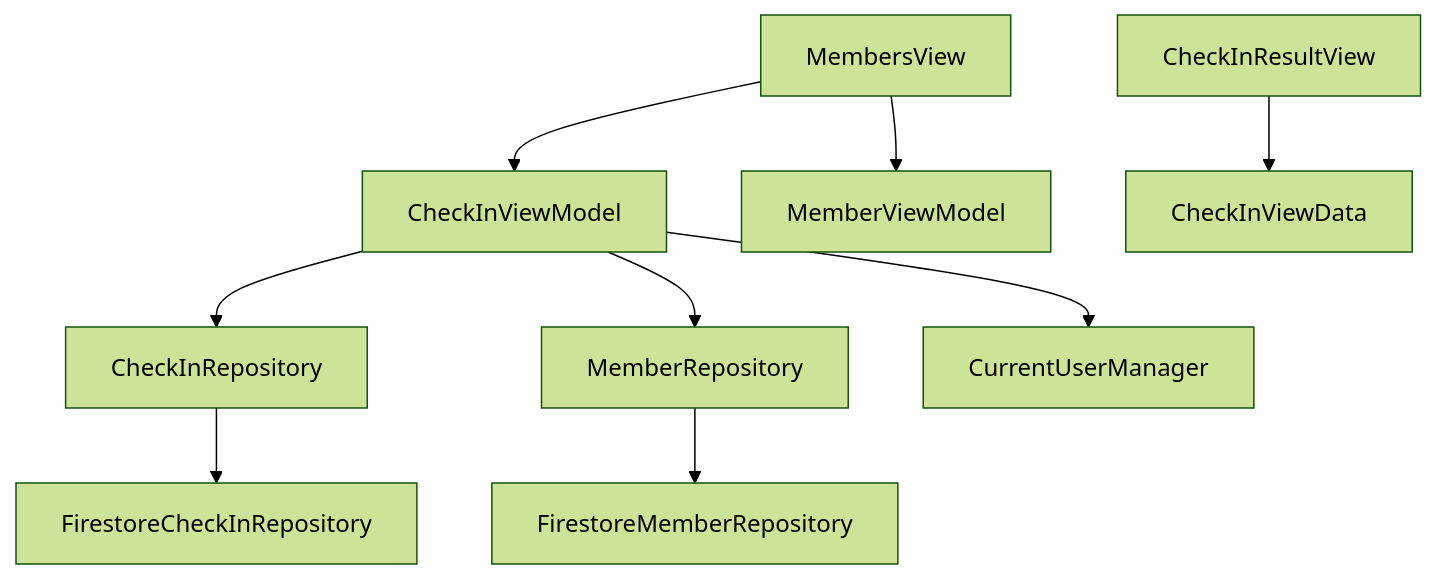
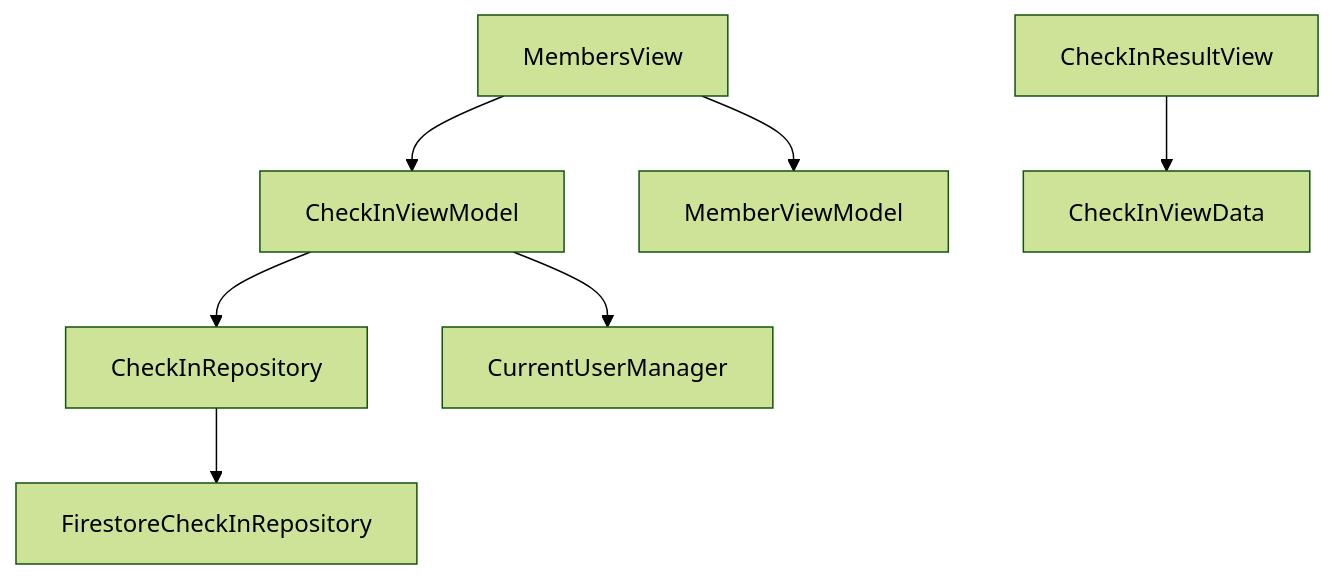
One commit to fsaldivar-dev/sajarubox-mcp changed the first of 2 diagrams in knowledge/ios-implementation/07-checkin-module.md. Above: the diagram before and after it, drawn with Mermaid (forest theme). The commit also changed other lines of this file and 6 other files, not shown here.

````diff
--- a/knowledge/ios-implementation/07-checkin-module.md
+++ b/knowledge/ios-implementation/07-checkin-module.md
@@ -27,11 +28,9 @@
 ```mermaid
 graph TD
     MembersView --> CheckInViewModel
     MembersView --> MemberViewModel
     CheckInViewModel --> CheckInRepository
-    CheckInViewModel --> MemberRepository
     CheckInViewModel --> CurrentUserManager
     CheckInRepository --> FirestoreCheckInRepository
-    MemberRepository --> FirestoreMemberRepository
     CheckInResultView --> CheckInViewData
 ```
````
